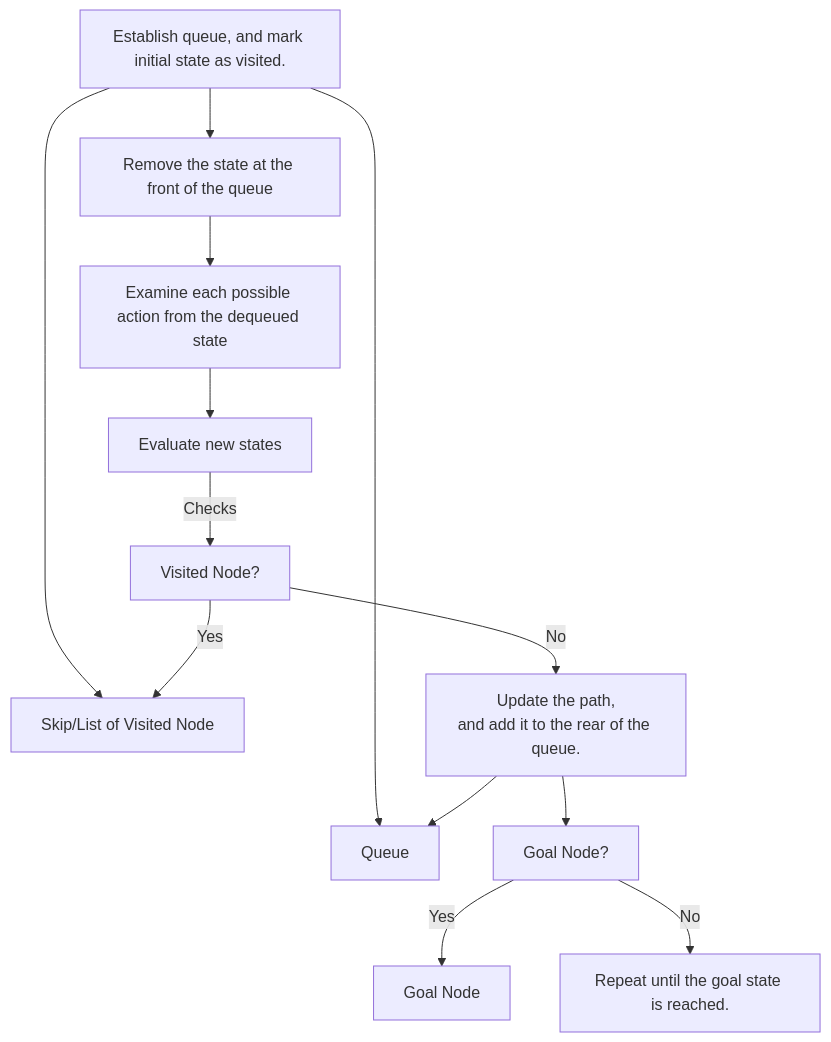
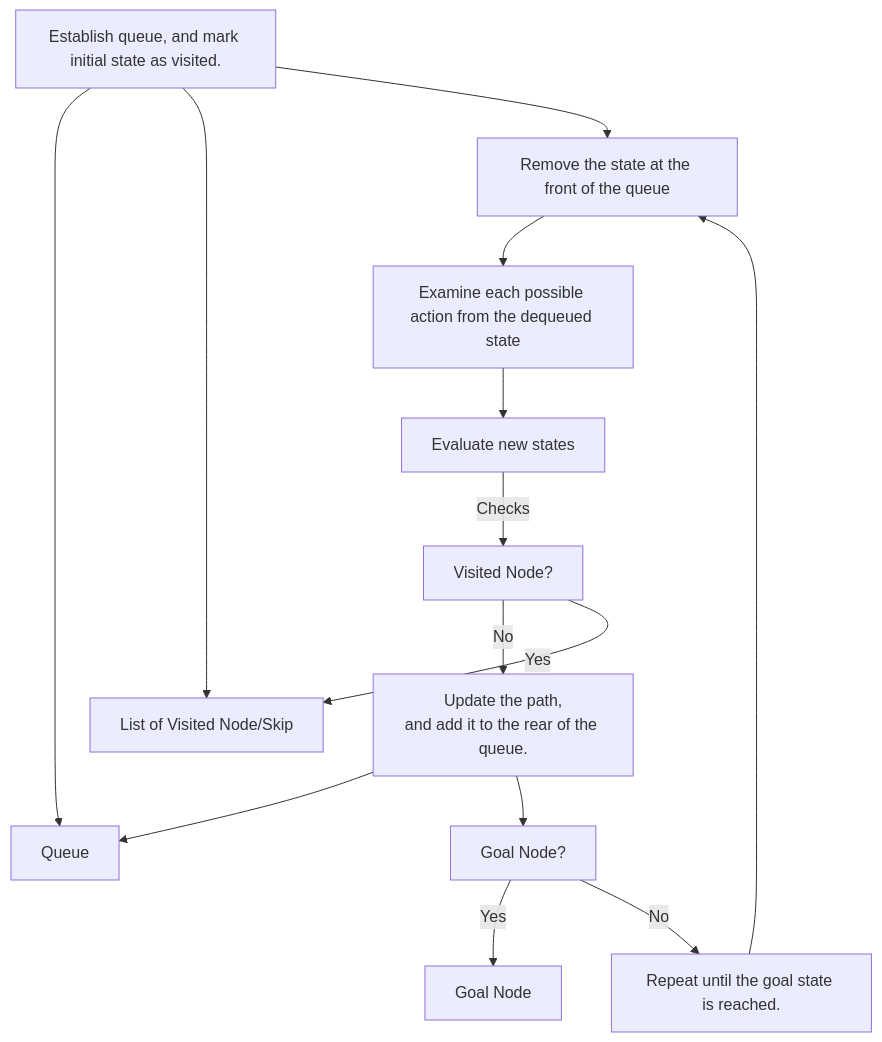
Before and after one commit to NosrevytsNg/Taxi-v3-Search-Agent: the third of 3 diagrams in README.md, drawn with Mermaid.

Commit message:
Update flowchart

````diff
--- a/README.md
+++ b/README.md
@@ -139,17 +139,18 @@
 ```mermaid
 flowchart TD
 
 A[Establish queue, and mark initial state as visited.]
 A --> W[Queue]
-A --> X[Skip/List of Visited Node]
+A --> X[List of Visited Node/Skip]
 A --> B[Remove the state at the front of the queue]
 B --> C[Examine each possible action from the dequeued state]
 C --> D[Evaluate new states]
 D --> |Checks| Y[Visited Node?]
 Y -->|No| E[Update the path,<br>and add it to the rear of the queue.]
 Y -->|Yes| X
 E --> W
 E --> Z[Goal Node?]
 Z --> |Yes| U[Goal Node]
 Z --> |No| F[Repeat until the goal state is reached.]
+F --> B
 ```
````
